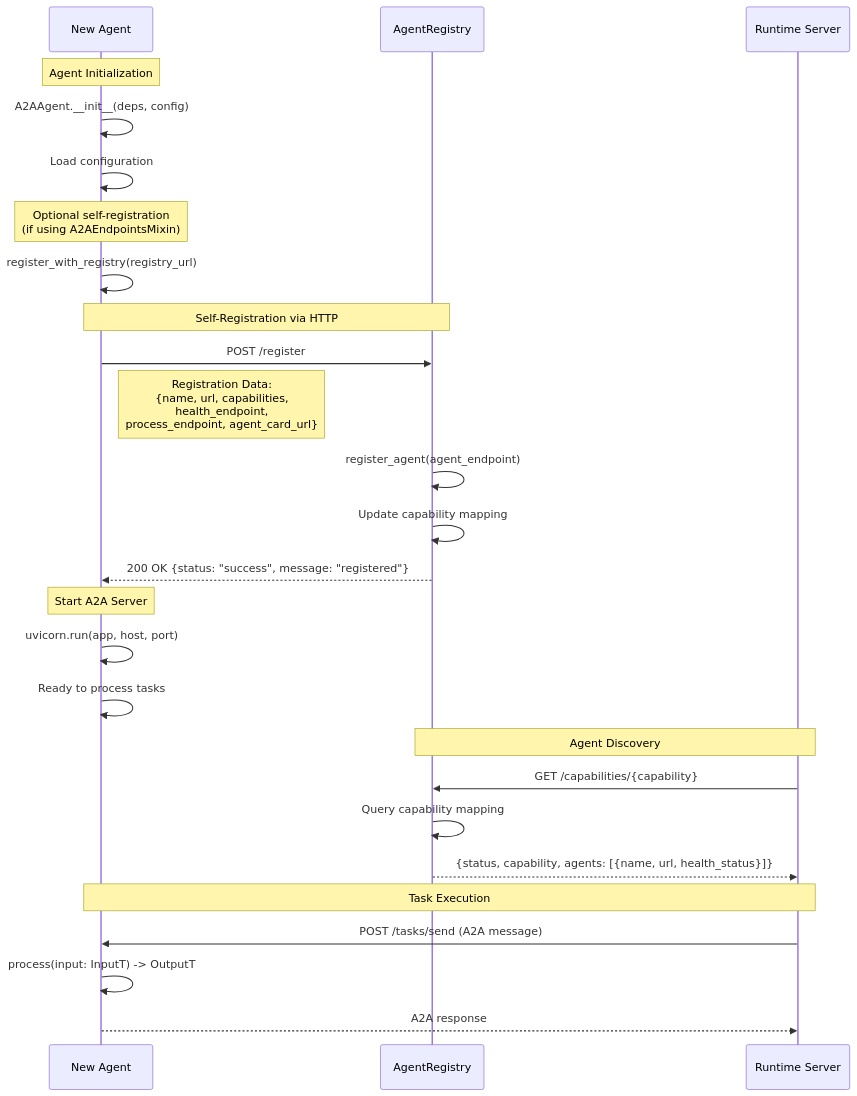
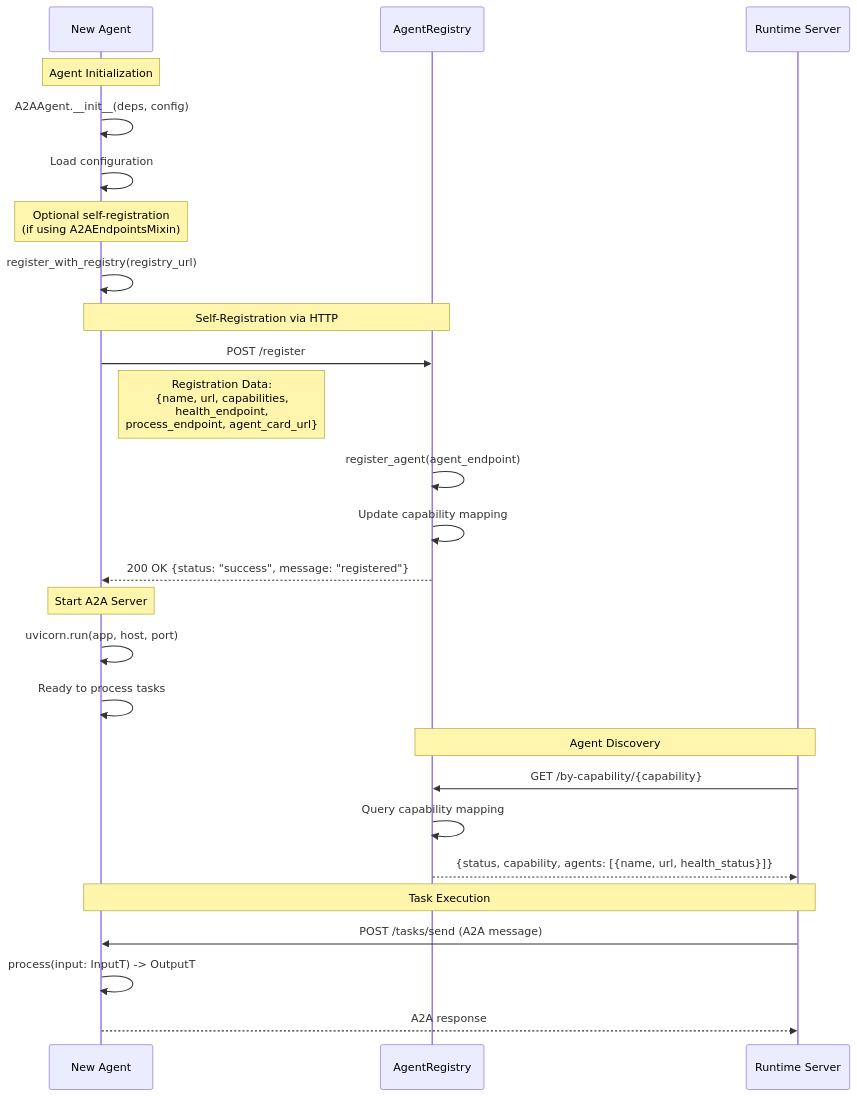
Before and after one commit to amit-jain/cogniverse: the first of 8 diagrams in docs/architecture/multi-agent-interactions.md, drawn with Mermaid. The commit also changed other lines of this file and 50 other files, not shown here.

````diff
--- a/docs/architecture/multi-agent-interactions.md
+++ b/docs/architecture/multi-agent-interactions.md
@@ -60,34 +60,34 @@
 ```mermaid
 sequenceDiagram
     participant Agent as New Agent
     participant Registry as AgentRegistry
     participant Runtime as Runtime Server
 
     Note over Agent: Agent Initialization
     Agent->>Agent: A2AAgent.__init__(deps, config)
     Agent->>Agent: Load configuration
     Note over Agent: Optional self-registration<br/>(if using A2AEndpointsMixin)
     Agent->>Agent: register_with_registry(registry_url)
 
     Note over Agent,Registry: Self-Registration via HTTP
     Agent->>Registry: POST /register
     Note right of Agent: Registration Data:<br/>{name, url, capabilities,<br/>health_endpoint,<br/>process_endpoint, agent_card_url}
 
     Registry->>Registry: register_agent(agent_endpoint)
     Registry->>Registry: Update capability mapping
     Registry-->>Agent: 200 OK {status: "success", message: "registered"}
 
     Note over Agent: Start A2A Server
     Agent->>Agent: uvicorn.run(app, host, port)
     Agent->>Agent: Ready to process tasks
 
     Note over Runtime,Registry: Agent Discovery
-    Runtime->>Registry: GET /capabilities/{capability}
+    Runtime->>Registry: GET /by-capability/{capability}
     Registry->>Registry: Query capability mapping
     Registry-->>Runtime: {status, capability, agents: [{name, url, health_status}]}
 
     Note over Runtime,Agent: Task Execution
     Runtime->>Agent: POST /tasks/send (A2A message)
     Agent->>Agent: process(input: InputT) -> OutputT
     Agent-->>Runtime: A2A response
 ```
````
